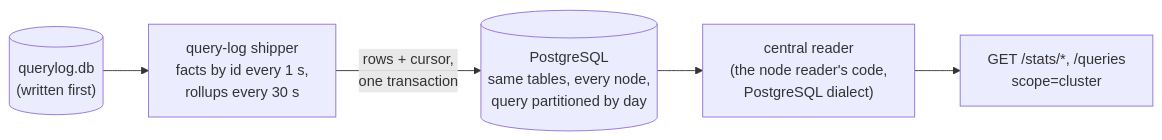
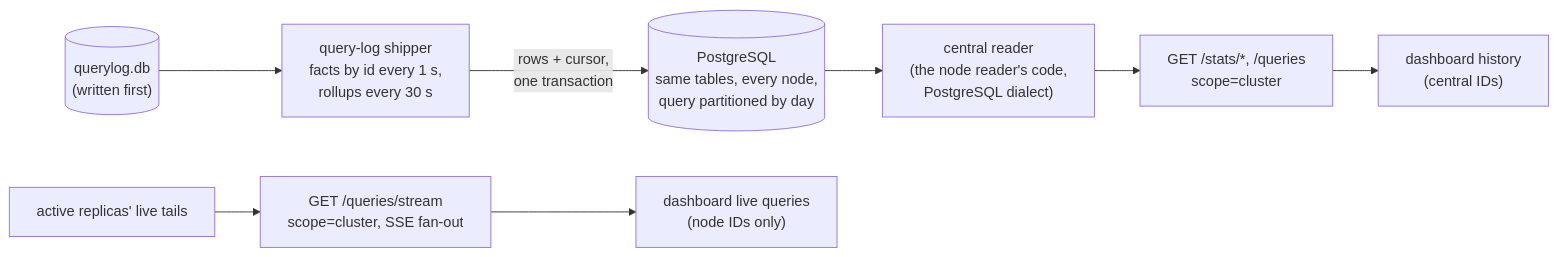
One commit to robertherbaugh/kudurru changed the second of 4 diagrams in docs/architecture/observability.md. Above: the diagram before and after it, drawn with Mermaid. The commit also changed other lines of this file and 2 other files, not shown here.

Commit message:
docs: record live tail behavior in the central view

````diff
--- a/docs/architecture/observability.md
+++ b/docs/architecture/observability.md
@@ -85,7 +85,10 @@
 ```mermaid
 flowchart LR
     QL[("querylog.db<br/>(written first)")] --> SH["query-log shipper<br/>facts by id every 1 s,<br/>rollups every 30 s"]
     SH -- "rows + cursor,<br/>one transaction" --> PG[("PostgreSQL<br/>same tables, every node,<br/>query partitioned by day")]
     PG --> CR["central reader<br/>(the node reader's code,<br/>PostgreSQL dialect)"]
     CR --> API["GET /stats/*, /queries<br/>scope=cluster"]
+    API --> HISTORY["dashboard history<br/>(central IDs)"]
+    TAIL["active replicas' live tails"] --> STREAM["GET /queries/stream<br/>scope=cluster, SSE fan-out"]
+    STREAM --> LIVE["dashboard live queries<br/>(node IDs only)"]
 ```
````
